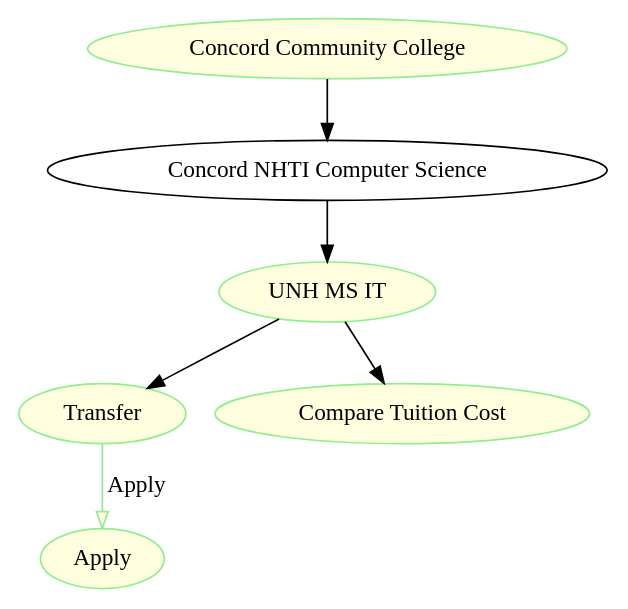
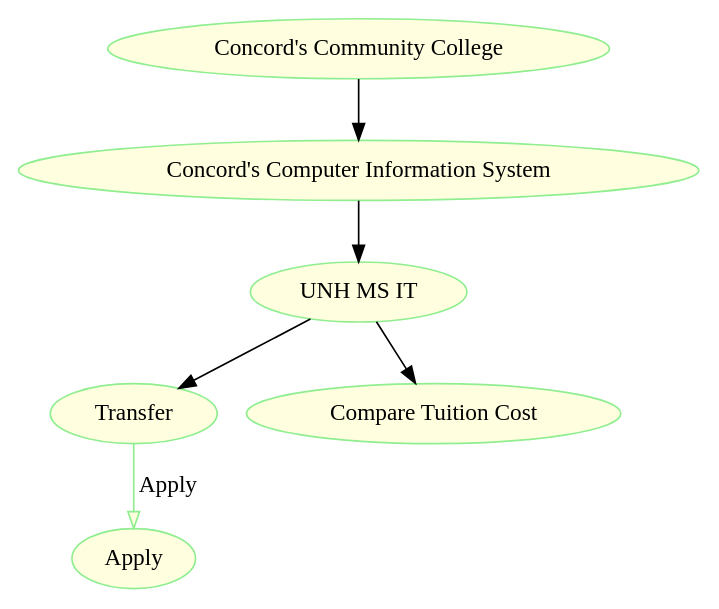
Before and after one commit to prithadutta/proj1-academic-visual: the diagram in graphviz/Concord.dot, drawn with Graphviz. The commit also changed 6 other files, not shown here.

```diff
--- a/graphviz/Concord.dot
+++ b/graphviz/Concord.dot
@@ -1,17 +1,17 @@
 digraph G {
 	
-                             from_nhit [label="Concord Community College" URL="/transfer_college?college=nhit" color=lightgreen fillcolor=lightyellow style=filled]
+                             from_nhit [label="Concord's Community College" URL="/transfer_college?college=nhit" color=lightgreen fillcolor=lightyellow style=filled]
                            transfer [label="Transfer" URL= "https://www.nhtransfer.org/sites/nhtransfer.org/files/media/nhtransferapplication.pdf" color=lightgreen fillcolor=lightyellow style=filled]
 	nhit_compare_tuition_cost [label="Compare Tuition Cost" URL="https://manchester.unh.edu/costs" color=lightgreen fillcolor=lightyellow style=filled]
 	nhit_list_of_unh_programs [label="UNH MS IT" URL="https://manchester.unh.edu/academics/degree-programs/information-technology"                   color=lightgreen fillcolor=lightyellow style=filled ]
-	nhit_computer_science [label=" Concord NHTI Computer Science"]
+	nhit_computer_science [label=" Concord's Computer Information System" URL ="https://manchester.unh.edu/sites/default/files/media/nhti_cis_pathways_0.pdf" color=lightgreen fillcolor=lightyellow style=filled]
 	
 	
 	nhit_apply_to_it [label=Apply URL="/index.html" color=lightgreen fillcolor=lightyellow style=filled]
 	from_nhit -> nhit_computer_science
 	nhit_computer_science -> nhit_list_of_unh_programs
                            nhit_list_of_unh_programs -> transfer
                           nhit_list_of_unh_programs -> nhit_compare_tuition_cost
                           transfer -> nhit_apply_to_it [label=Apply URL="/index.html" color=lightgreen fillcolor=lightyellow style=filled]
 	
 }
```
